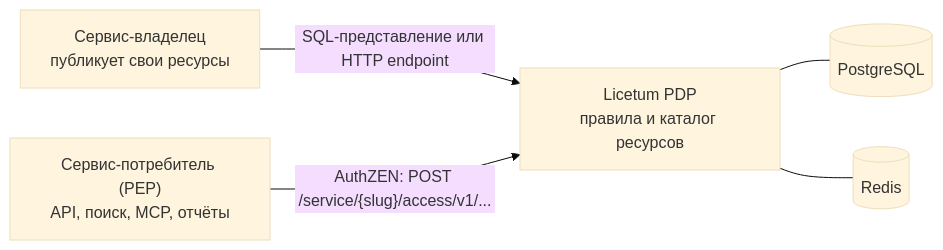
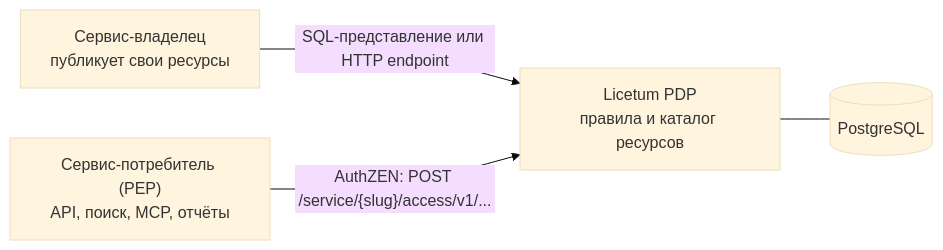
One commit to Licetum/licetum changed the diagram in docs/README.ru.md. Above: the diagram before and after it, drawn with Mermaid (base theme). The commit also changed other lines of this file and 3 other files, not shown here.

````diff
--- a/docs/README.ru.md
+++ b/docs/README.ru.md
@@ -36,12 +36,10 @@
 ```mermaid
 flowchart LR
   S["Сервис-владелец<br/>публикует свои ресурсы"]
   C["Сервис-потребитель (PEP)<br/>API, поиск, MCP, отчёты"]
   L["Licetum PDP<br/>правила и каталог ресурсов"]
   DB[(PostgreSQL)]
-  R[(Redis)]
   S -- "SQL-представление или HTTP endpoint" --> L
   C -- "AuthZEN: POST /service/{slug}/access/v1/..." --> L
   L --- DB
-  L --- R
 ```
````
